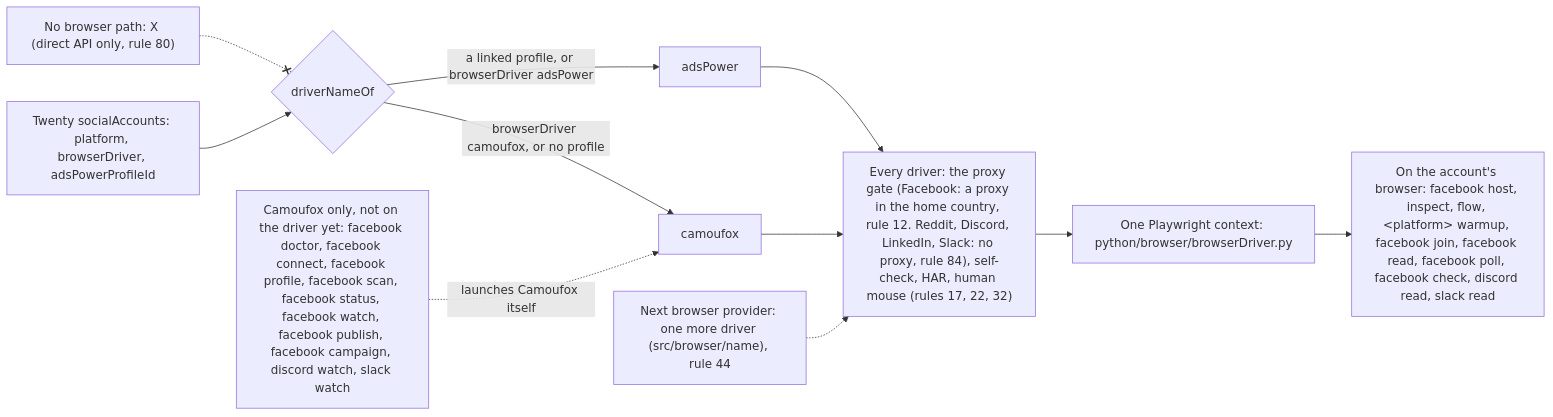
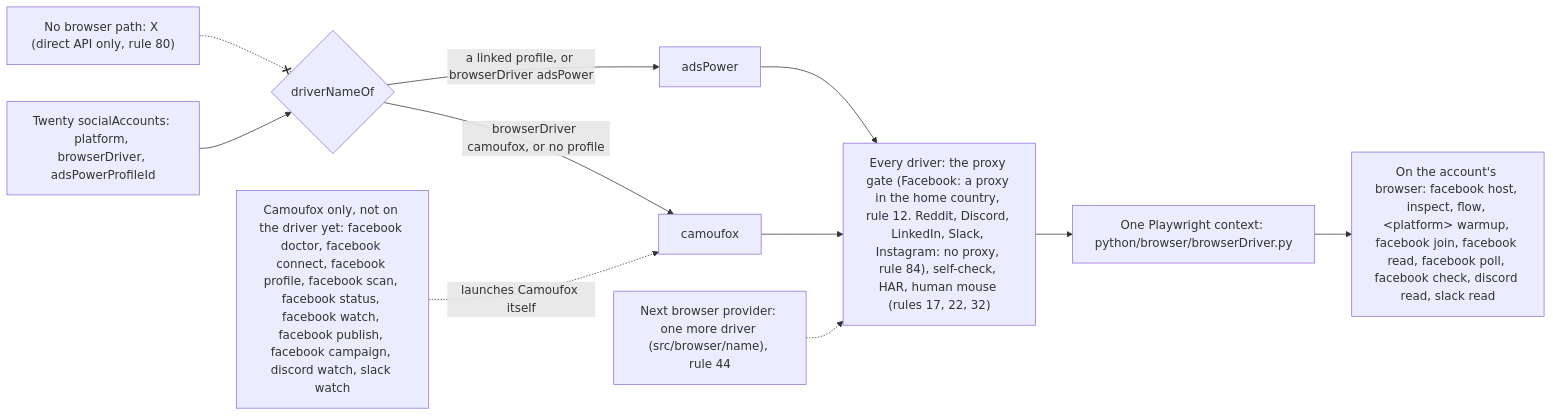
Before and after one commit to matthewdonsemail-lab/log: the second of 6 diagrams in docs/reference.md, drawn with Mermaid. The commit also changed other lines of this file and 120 other files, not shown here.

````diff
--- a/docs/reference.md
+++ b/docs/reference.md
@@ -77,19 +84,19 @@
 ```mermaid
 flowchart LR
   twenty["Twenty socialAccounts: platform, browserDriver, adsPowerProfileId"]
   pick{"driverNameOf"}
-  gates["Every driver: the proxy gate (Facebook: a proxy in the home country, rule 12. Reddit, Discord, LinkedIn, Slack: no proxy, rule 84), self-check, HAR, human mouse (rules 17, 22, 32)"]
+  gates["Every driver: the proxy gate (Facebook: a proxy in the home country, rule 12. Reddit, Discord, LinkedIn, Slack, Instagram: no proxy, rule 84), self-check, HAR, human mouse (rules 17, 22, 32)"]
   session["One Playwright context: python/browser/browserDriver.py"]
   twenty --> pick
   pick -->|"browserDriver camoufox, or no profile"| d_camoufox["camoufox"]
   pick -->|"a linked profile, or browserDriver adsPower"| d_adsPower["adsPower"]
   d_camoufox --> gates
   d_adsPower --> gates
   more["Next browser provider: one more driver (src/browser/name), rule 44"] -.-> gates
   gates --> session
   account["On the account's browser: facebook host, inspect, flow, #lt;platform#gt; warmup, facebook join, facebook read, facebook poll, facebook check, discord read, slack read"]
   camoufox["Camoufox only, not on the driver yet: facebook doctor, facebook connect, facebook profile, facebook scan, facebook status, facebook watch, facebook publish, facebook campaign, discord watch, slack watch"]
   session --> account
   camoufox -.->|"launches Camoufox itself"| d_camoufox
   nobrowser["No browser path: X (direct API only, rule 80)"] -.-x pick
 ```
````
